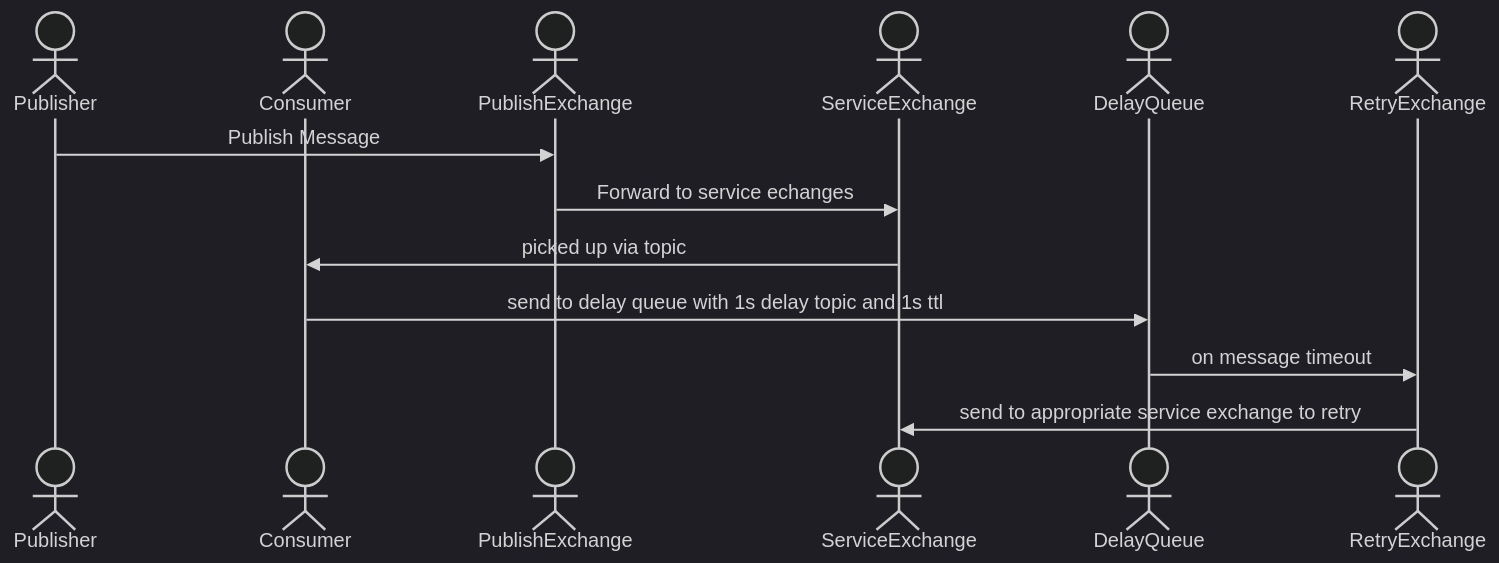
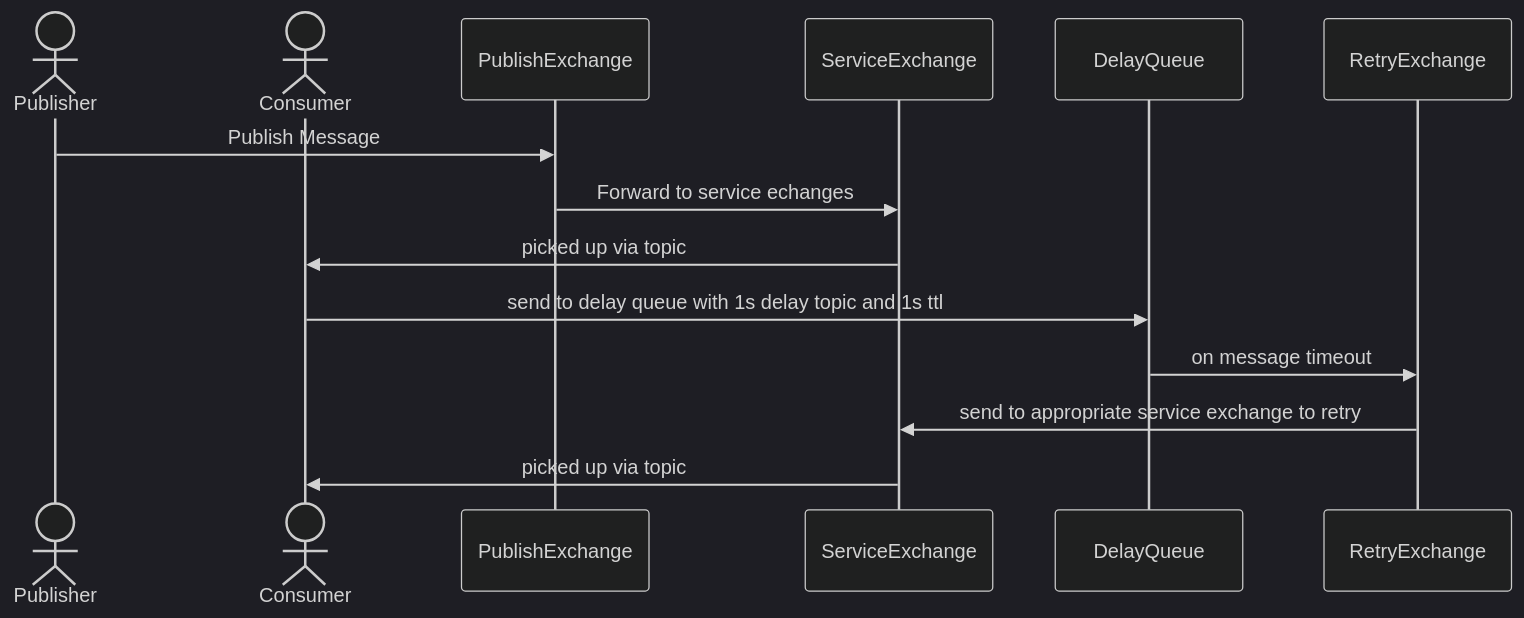
The diagram in README.md (indeedhat/mq-delayed-retry), drawn with Mermaid (dark theme) before and after one commit.

````diff
--- a/README.md
+++ b/README.md
@@ -7,15 +7,16 @@
 ```mermaid
 sequenceDiagram
     actor Publisher
     actor Consumer
-    actor PublishExchange
-    actor ServiceExchange
-    actor DelayQueue
-    actor RetryExchange
+    participant PublishExchange
+    participant ServiceExchange
+    participant DelayQueue
+    participant RetryExchange
     Publisher->>PublishExchange: Publish Message
     PublishExchange->>ServiceExchange: Forward to service echanges
     ServiceExchange->>Consumer: picked up via topic
     Consumer->>DelayQueue: send to delay queue with 1s delay topic and 1s ttl
     DelayQueue->>RetryExchange: on message timeout
     RetryExchange->>ServiceExchange: send to appropriate service exchange to retry
+    ServiceExchange->>Consumer: picked up via topic
 ```
````
